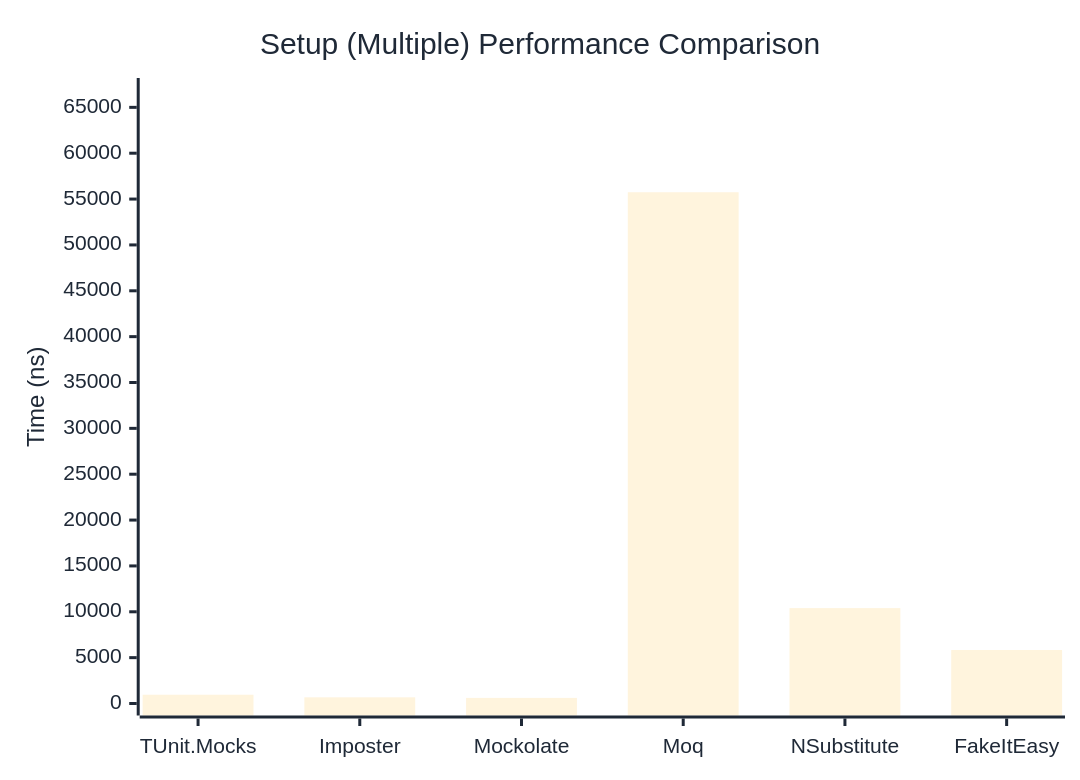
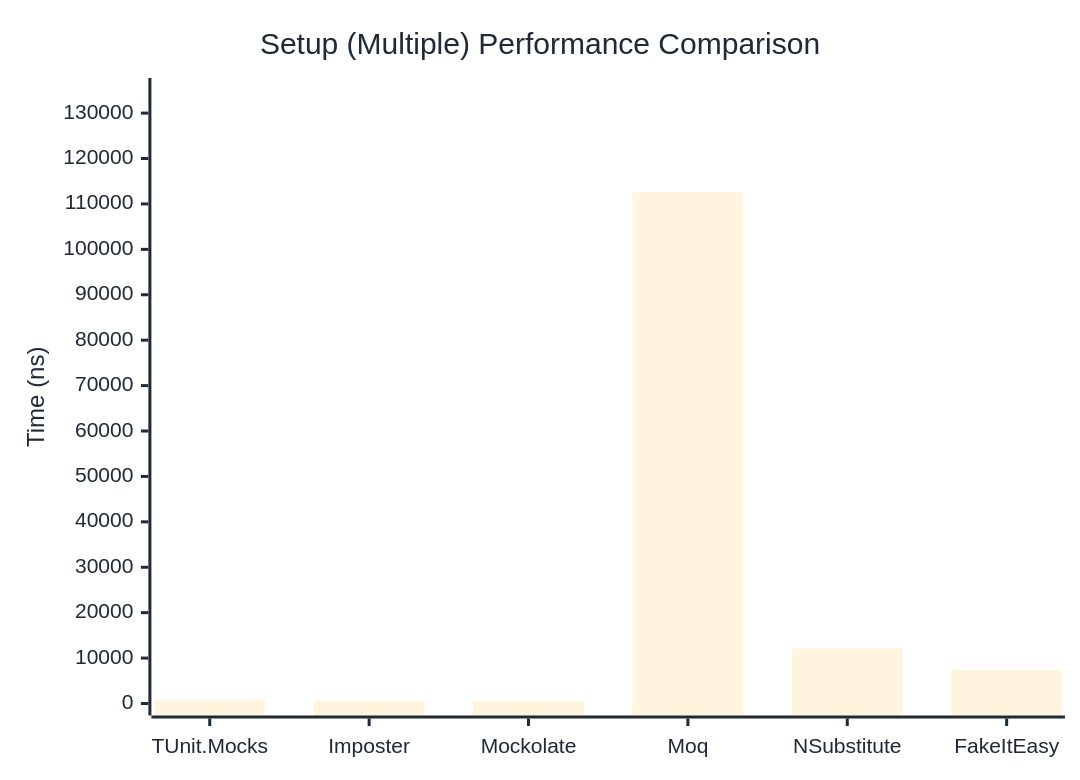
Before and after one commit to thomhurst/TUnit: the second of 2 diagrams in docs/docs/benchmarks/mocks/Setup.md, drawn with Mermaid. The commit also changed other lines of this file and 14 other files, not shown here.

````diff
--- a/docs/docs/benchmarks/mocks/Setup.md
+++ b/docs/docs/benchmarks/mocks/Setup.md
@@ -71,27 +71,27 @@
 ```mermaid
 %%{init: {
   'theme':'base',
   'themeVariables': {
     'primaryColor': '#2563eb',
     'primaryTextColor': '#1f2937',
     'primaryBorderColor': '#1e40af',
     'lineColor': '#6b7280',
     'secondaryColor': '#7c3aed',
     'tertiaryColor': '#dc2626',
     'background': '#ffffff',
     'pie1': '#2563eb',
     'pie2': '#7c3aed',
     'pie3': '#dc2626',
     'pie4': '#f59e0b',
     'pie5': '#10b981',
     'pie6': '#06b6d4',
     'pie7': '#ec4899',
     'pie8': '#6366f1'
   }
 }}%%
 xychart-beta
   title "Setup (Multiple) Performance Comparison"
   x-axis ["TUnit.Mocks", "Imposter", "Mockolate", "Moq", "NSubstitute", "FakeItEasy"]
-  y-axis "Time (ns)" 0 --> 66892
-  bar [956.4, 673.3, 610.6, 55743.3, 10401.2, 5832]
+  y-axis "Time (ns)" 0 --> 135088
+  bar [727.4, 554.8, 502.2, 112573.3, 12155.5, 7402.4]
 ```
````
